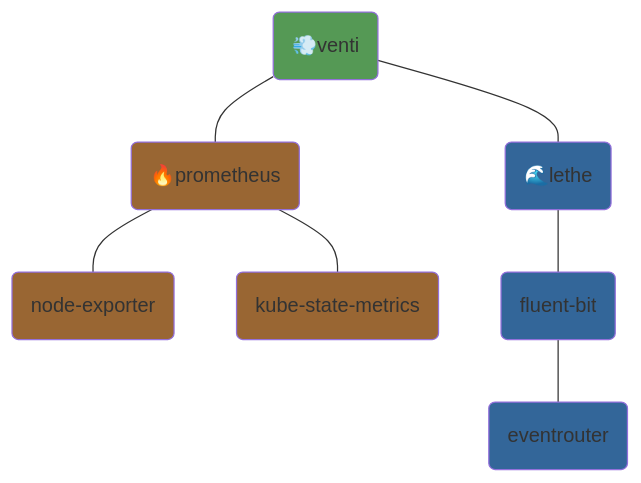
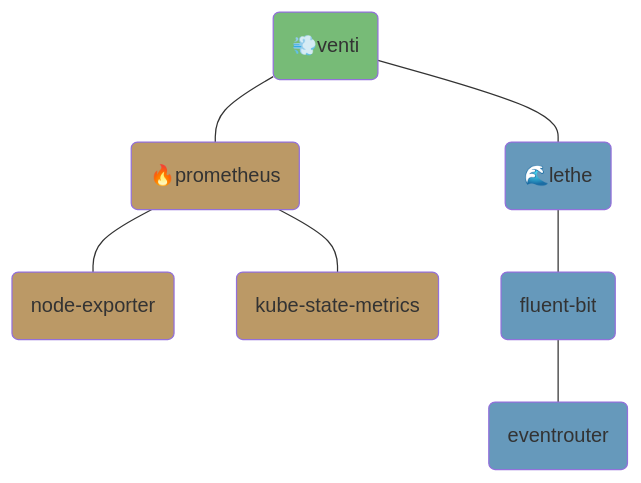
Before and after one commit to kuoss/helm-charts: the diagram in docs/README.md, drawn with Mermaid.

````diff
--- a/docs/README.md
+++ b/docs/README.md
@@ -15,14 +15,13 @@
 ```mermaid
 graph TD
     Venti("💨venti") --- Prometheus("🔥prometheus") --- NodeExporter("node-exporter")
     Prometheus --- KubeStateMetrics("kube-state-metrics")
     Venti --- Lethe("🌊lethe") --- FluentBit("fluent-bit") --- Eventrouter("eventrouter")
 
-    classDef visual fill:#595;
-    classDef metric fill:#963;
-    classDef log fill:#369;
-    
+    classDef visual fill:#7b7;
+    classDef metric fill:#b96;
+    classDef log fill:#69b;
     class Venti visual
     class Prometheus,NodeExporter,KubeStateMetrics metric
     class Lethe,FluentBit,Eventrouter log
 ```
````
